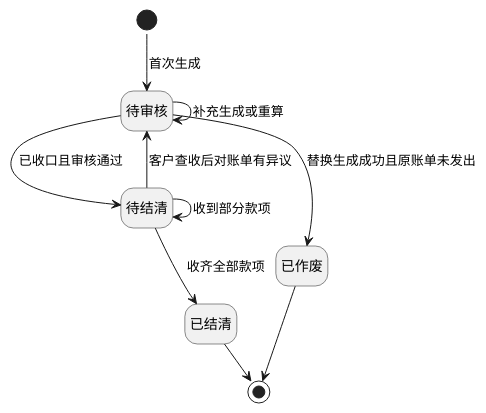
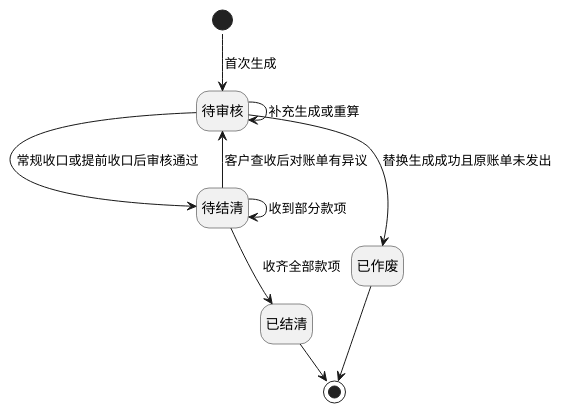
Before and after one commit to jack888332/projects-doc: diagram 12 of 19 in product-caliber/bms/prd/PRD.账单系统.md, drawn with PlantUML. The commit also changed other lines of this file and 7 other files, not shown here.

````diff
--- a/product-caliber/bms/prd/PRD.账单系统.md
+++ b/product-caliber/bms/prd/PRD.账单系统.md
@@ -2331,21 +2367,21 @@
 ```plantuml
 @startuml
 !pragma layout smetana
 hide empty description
 
 state "待审核" as PendingReview
 state "待结清" as PendingSettlement
 state "已结清" as Settled
 state "已作废" as Voided
 
 [*] --> PendingReview : 首次生成
 PendingReview --> PendingReview : 补充生成或重算
 PendingReview --> Voided : 替换生成成功且原账单未发出
-PendingReview --> PendingSettlement : 已收口且审核通过
+PendingReview --> PendingSettlement : 常规收口或提前收口后审核通过
 PendingSettlement --> PendingReview : 客户查收后对账单有异议
 PendingSettlement --> PendingSettlement : 收到部分款项
 PendingSettlement --> Settled : 收齐全部款项
 Settled --> [*]
 Voided --> [*]
 @enduml
 ```
````
